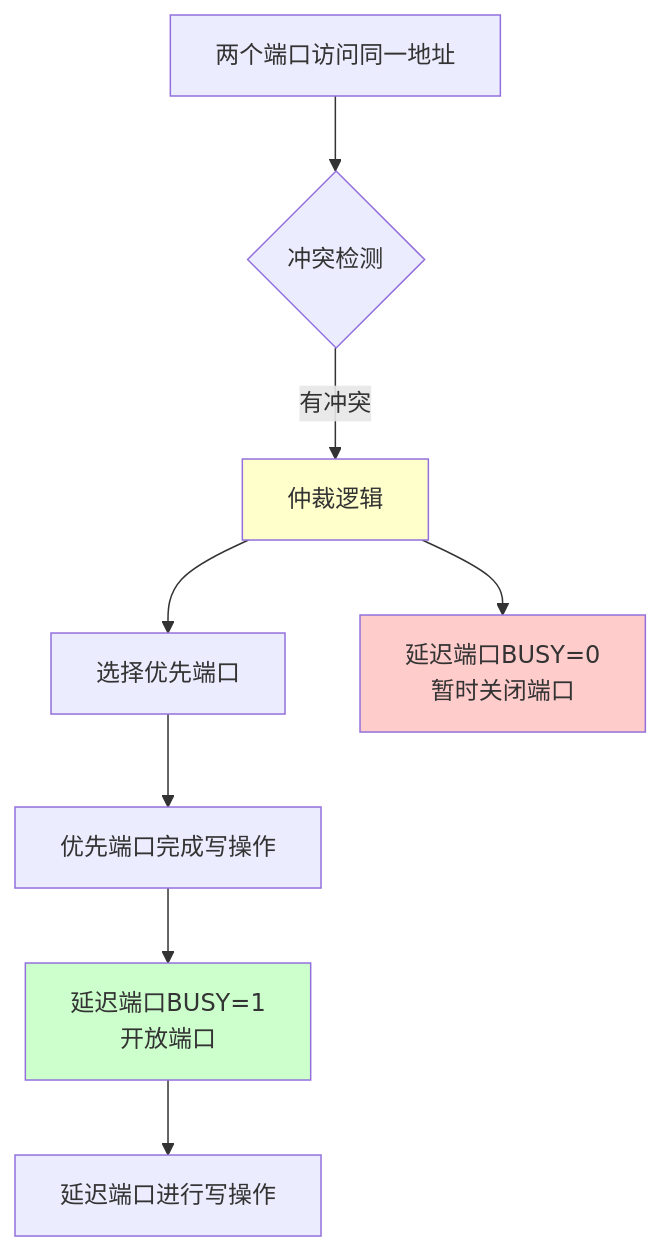
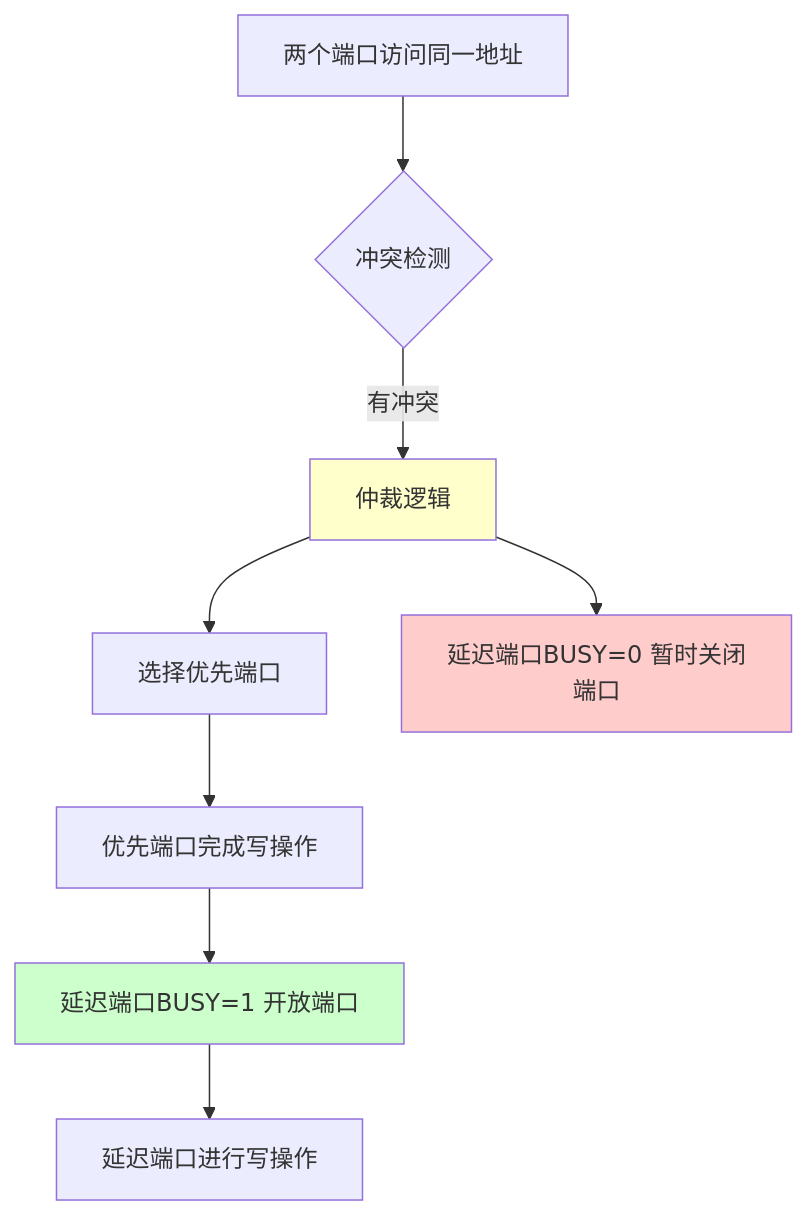
Before and after one commit to gilismael826-lgtm/course: the third of 4 diagrams in 计算机组成原理/notes/章节笔记/第3章-存储系统/第3章-3.5-并行存储器.md, drawn with Mermaid. The commit also changed other lines of this file and 28 other files, not shown here.

````diff
--- a/计算机组成原理/notes/章节笔记/第3章-存储系统/第3章-3.5-并行存储器.md
+++ b/计算机组成原理/notes/章节笔记/第3章-存储系统/第3章-3.5-并行存储器.md
@@ -132,14 +138,14 @@
 ```mermaid
 flowchart TD
     A[两个端口访问同一地址] --> B{冲突检测}
     B -->|有冲突| C[仲裁逻辑]
     C --> D[选择优先端口]
-    C --> E[延迟端口BUSY=0<br/>暂时关闭端口]
+    C --> E[延迟端口BUSY=0 暂时关闭端口]
     D --> F[优先端口完成写操作]
-    F --> G[延迟端口BUSY=1<br/>开放端口]
+    F --> G[延迟端口BUSY=1 开放端口]
     G --> H[延迟端口进行写操作]
     
     style C fill:#ffffcc
     style E fill:#ffcccc
     style G fill:#ccffcc
 ```
````
